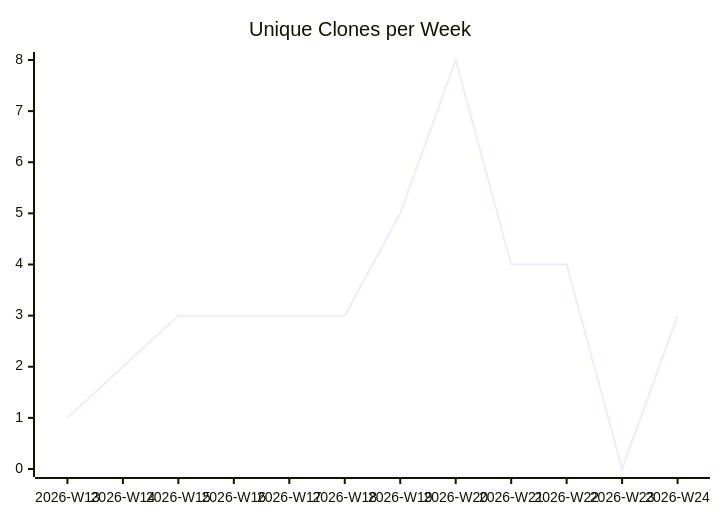
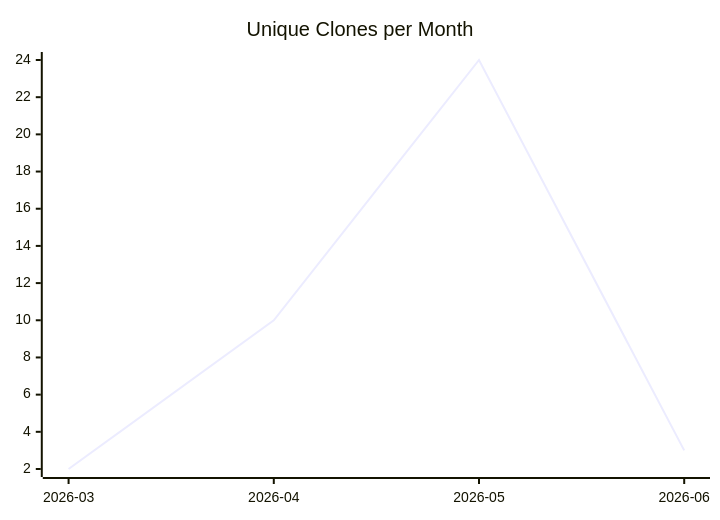
Before and after one commit to justdavis-family/github-analytics-data: the third of 3 diagrams in karlmdavis/xmlpull/README.md, drawn with Mermaid. The commit also changed other lines of this file and 198 other files, not shown here.

````diff
--- a/karlmdavis/xmlpull/README.md
+++ b/karlmdavis/xmlpull/README.md
@@ -19,6 +19,6 @@
 ```mermaid
 xychart-beta
-  title "Unique Clones per Week"
-  x-axis ["2026-W13", "2026-W14", "2026-W15", "2026-W16", "2026-W17", "2026-W18", "2026-W19", "2026-W20", "2026-W21", "2026-W22", "2026-W23", "2026-W24"]
-  line [1, 2, 3, 3, 3, 3, 5, 8, 4, 4, 0, 3]
+  title "Unique Clones per Month"
+  x-axis ["2026-03", "2026-04", "2026-05", "2026-06"]
+  line [2, 10, 24, 3]
 ```
````
